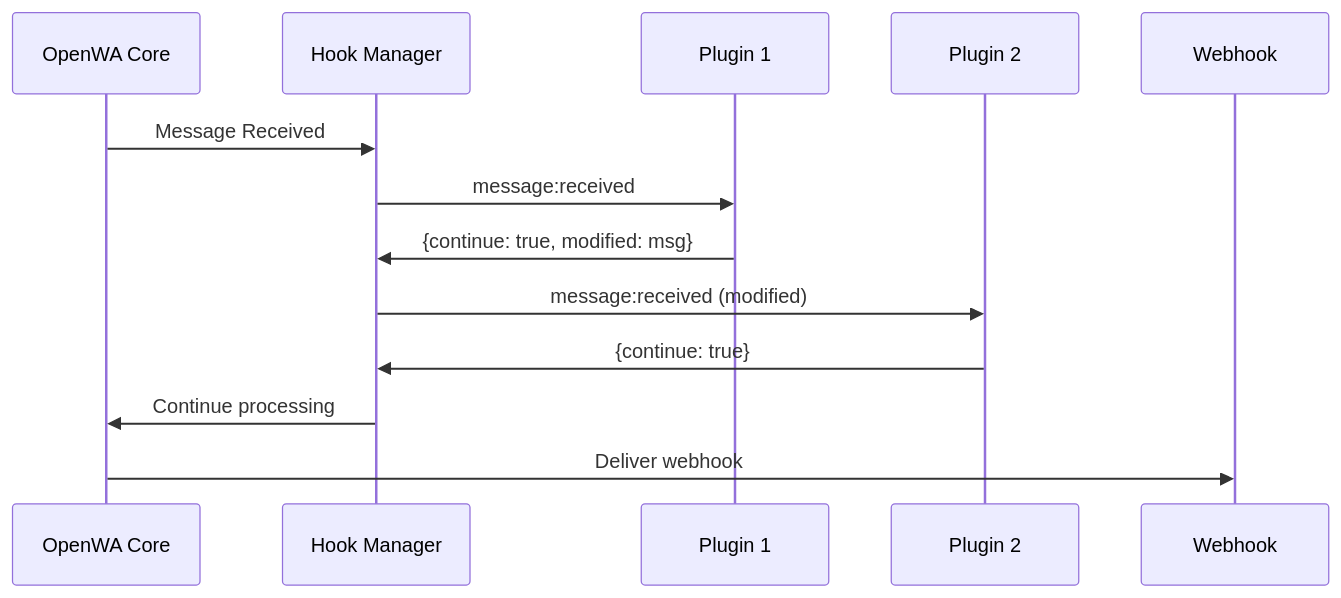
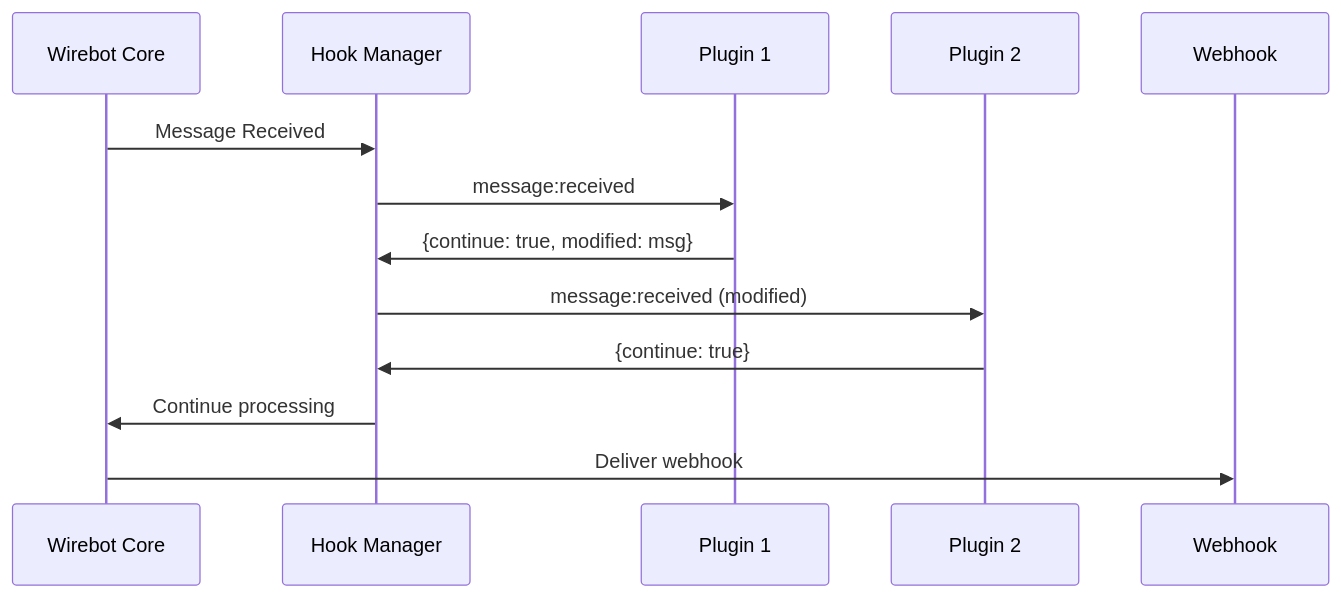
One commit to Octapus-systems/whatsapp_Dashboard changed the third of 3 diagrams in docs/19-plugin-architecture.md. Above: the diagram before and after it, drawn with Mermaid. The commit also changed other lines of this file and 86 other files, not shown here.

Commit message:
chore: rebrand OpenWA to Wirebot, attribute to Jishad

````diff
--- a/docs/19-plugin-architecture.md
+++ b/docs/19-plugin-architecture.md
@@ -406,16 +406,16 @@
 ```mermaid
 sequenceDiagram
-    participant Core as OpenWA Core
+    participant Core as Wirebot Core
     participant HM as Hook Manager
     participant P1 as Plugin 1
     participant P2 as Plugin 2
     participant WH as Webhook
 
     Core->>HM: Message Received
     HM->>P1: message:received
     P1->>HM: {continue: true, modified: msg}
     HM->>P2: message:received (modified)
     P2->>HM: {continue: true}
     HM->>Core: Continue processing
     Core->>WH: Deliver webhook
 ```
````
